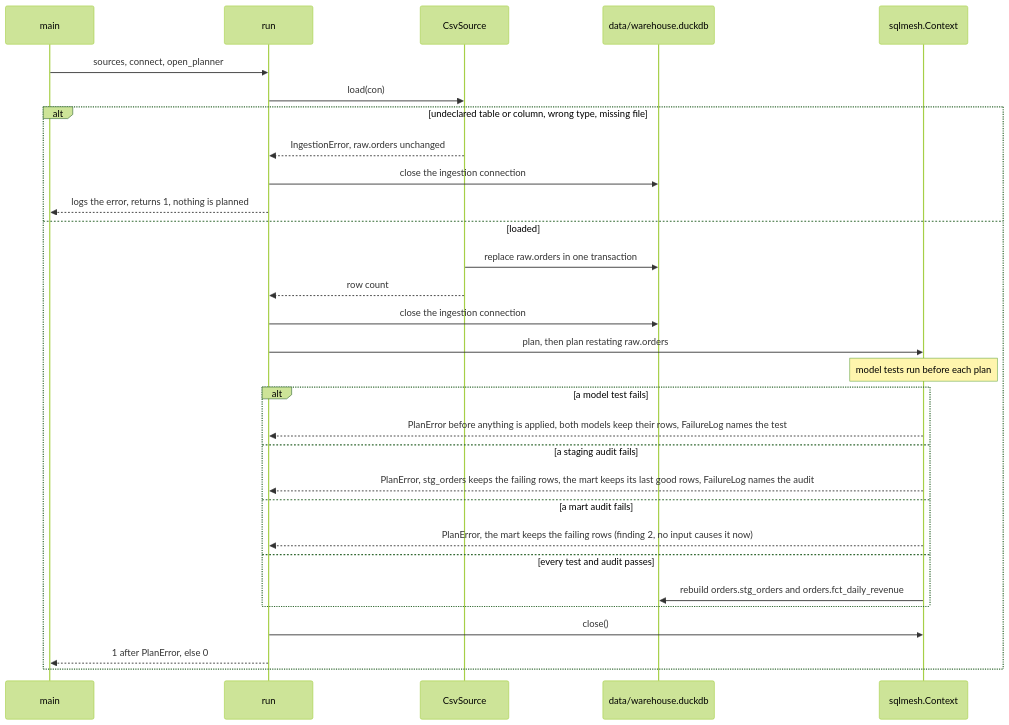
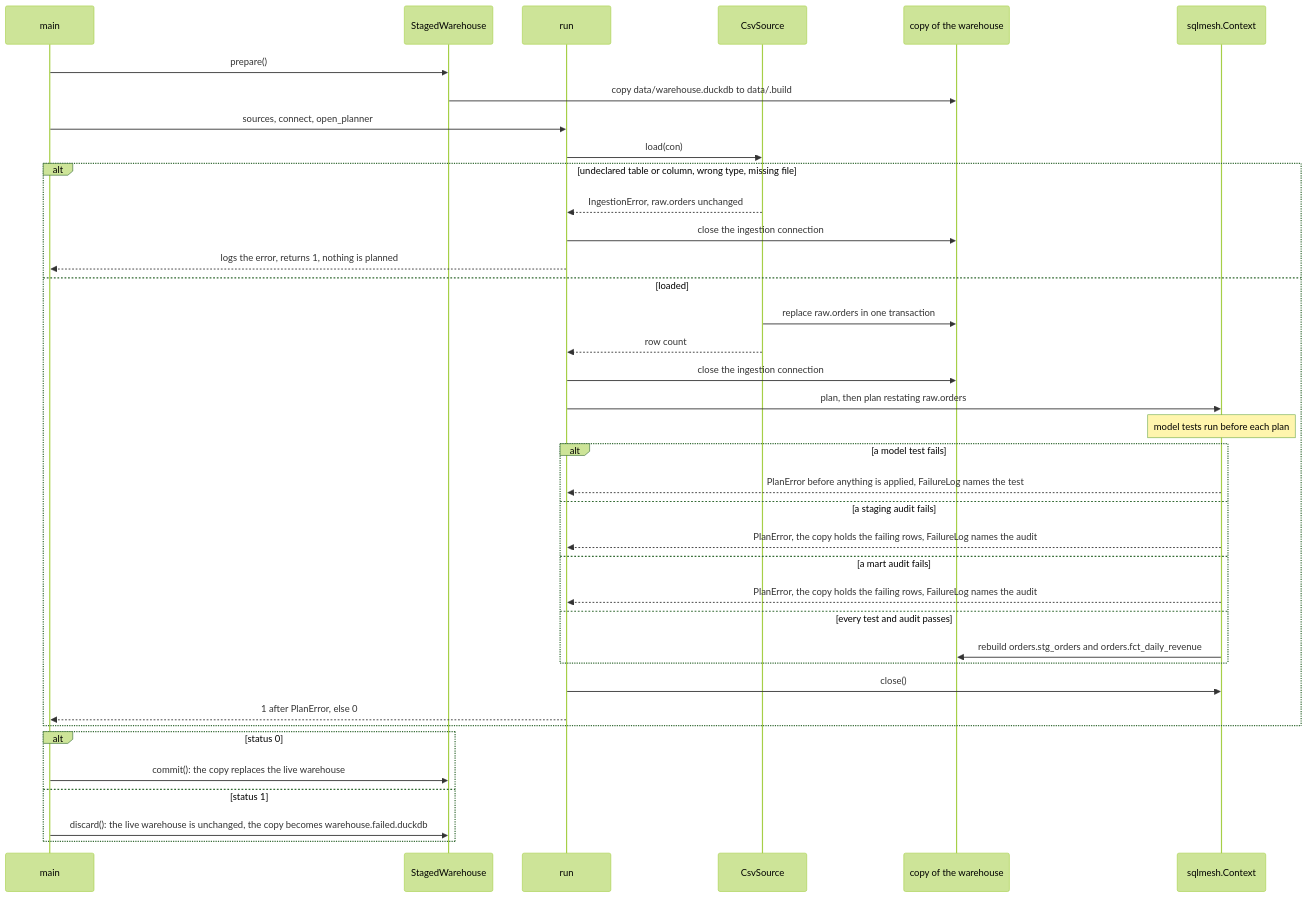
One commit to CarlosSolrac/template-sqlmesh-duckdb changed the fourth of 4 diagrams in docs/design.md. Above: the diagram before and after it, drawn with Mermaid (forest theme). The commit also changed other lines of this file and 3 other files, not shown here.

Commit message:
Document the staged warehouse: ADR-0007, README and design.md

````diff
--- a/docs/design.md
+++ b/docs/design.md
@@ -303,32 +332,40 @@
 ```mermaid
 sequenceDiagram
     participant Main as main
+    participant Stage as StagedWarehouse
     participant Run as run
     participant Csv as CsvSource
-    participant DB as data/warehouse.duckdb
+    participant DB as copy of the warehouse
     participant SQLMesh as sqlmesh.Context
+    Main->>Stage: prepare()
+    Stage->>DB: copy data/warehouse.duckdb to data/.build
     Main->>Run: sources, connect, open_planner
     Run->>Csv: load(con)
     alt undeclared table or column, wrong type, missing file
         Csv-->>Run: IngestionError, raw.orders unchanged
         Run->>DB: close the ingestion connection
         Run-->>Main: logs the error, returns 1, nothing is planned
     else loaded
         Csv->>DB: replace raw.orders in one transaction
         Csv-->>Run: row count
         Run->>DB: close the ingestion connection
         Run->>SQLMesh: plan, then plan restating raw.orders
         Note over SQLMesh: model tests run before each plan
         alt a model test fails
-            SQLMesh-->>Run: PlanError before anything is applied, both models keep their rows, FailureLog names the test
+            SQLMesh-->>Run: PlanError before anything is applied, FailureLog names the test
         else a staging audit fails
-            SQLMesh-->>Run: PlanError, stg_orders keeps the failing rows, the mart keeps its last good rows, FailureLog names the audit
+            SQLMesh-->>Run: PlanError, the copy holds the failing rows, FailureLog names the audit
         else a mart audit fails
-            SQLMesh-->>Run: PlanError, the mart keeps the failing rows (finding 2, no input causes it now)
+            SQLMesh-->>Run: PlanError, the copy holds the failing rows, FailureLog names the audit
         else every test and audit passes
             SQLMesh->>DB: rebuild orders.stg_orders and orders.fct_daily_revenue
         end
         Run->>SQLMesh: close()
         Run-->>Main: 1 after PlanError, else 0
     end
+    alt status 0
+        Main->>Stage: commit(): the copy replaces the live warehouse
+    else status 1
+        Main->>Stage: discard(): the live warehouse is unchanged, the copy becomes warehouse.failed.duckdb
+    end
 ```
````
